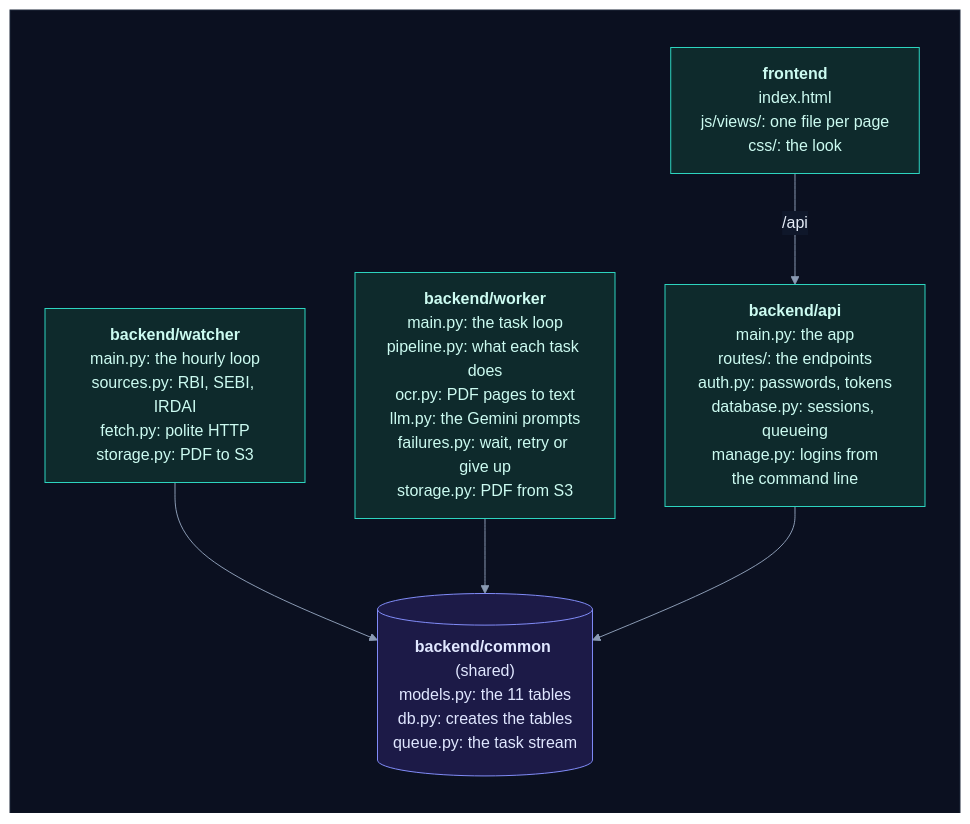
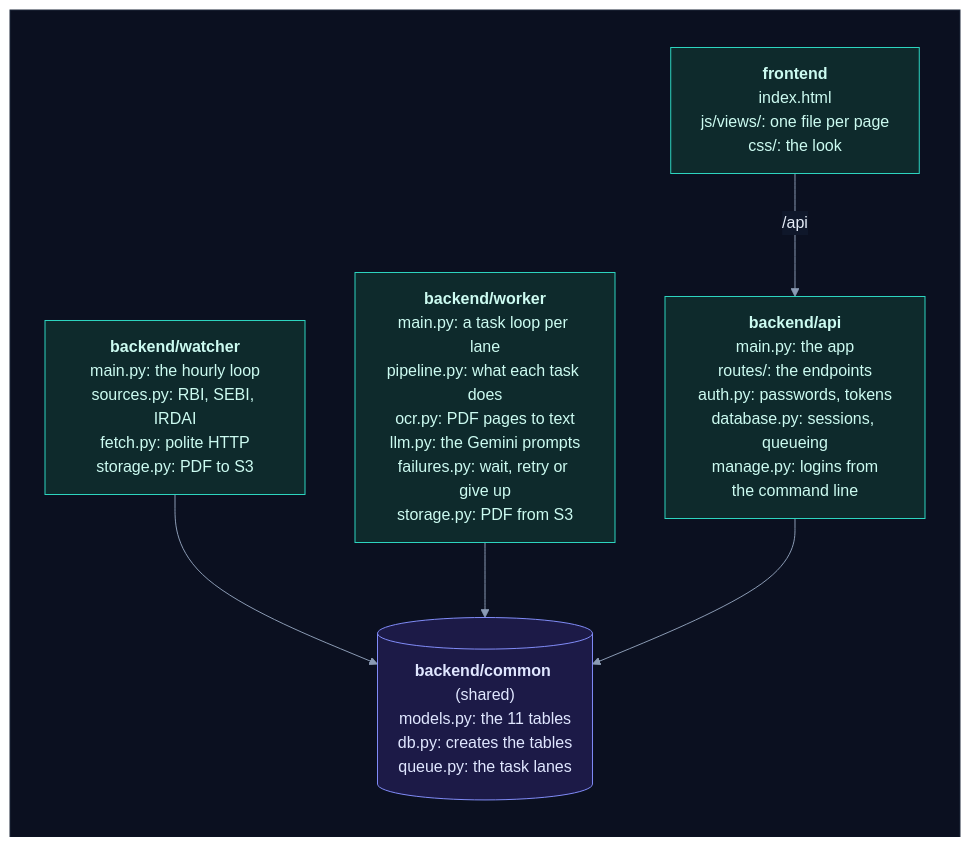
Before and after one commit to selvakumarperumal/Regulatory_Circular_Impact_Agent: diagram 56 of 56 in how_it_works.md, drawn with Mermaid. The commit also changed other lines of this file and 7 other files, not shown here.

Commit message:
Document the PDF lane and the main lane

````diff
--- a/how_it_works.md
+++ b/how_it_works.md
@@ -2774,29 +2814,29 @@
 ```mermaid
 %%{init: {"theme": "base", "flowchart": {"diagramPadding": 0}, "themeVariables": {"darkMode": true, "primaryColor": "#16213a", "primaryTextColor": "#e6edf7", "primaryBorderColor": "#475a7a", "lineColor": "#8b9bb4", "secondaryColor": "#1b2436", "tertiaryColor": "#101a2e", "edgeLabelBackground": "#0f172a", "textColor": "#e2e8f0", "clusterBkg": "#0f1728", "clusterBorder": "#2b3a55", "titleColor": "#c4b5fd", "nodeTextColor": "#e6edf7"}}}%%
 flowchart TD
     subgraph canvas[" "]
         direction TB
         frontend["<b>frontend</b><br/>index.html<br/>js/views/: one file per page<br/>css/: the look"]
         frontend -->|"/api"| api
         watcher["<b>backend/watcher</b><br/>main.py: the hourly loop<br/>sources.py: RBI, SEBI, IRDAI<br/>fetch.py: polite HTTP<br/>storage.py: PDF to S3"]
-        worker["<b>backend/worker</b><br/>main.py: the task loop<br/>pipeline.py: what each task does<br/>ocr.py: PDF pages to text<br/>llm.py: the Gemini prompts<br/>failures.py: wait, retry or give up<br/>storage.py: PDF from S3"]
+        worker["<b>backend/worker</b><br/>main.py: a task loop per lane<br/>pipeline.py: what each task does<br/>ocr.py: PDF pages to text<br/>llm.py: the Gemini prompts<br/>failures.py: wait, retry or give up<br/>storage.py: PDF from S3"]
         api["<b>backend/api</b><br/>main.py: the app<br/>routes/: the endpoints<br/>auth.py: passwords, tokens<br/>database.py: sessions, queueing<br/>manage.py: logins from<br/>the command line"]
-        common[("<b>backend/common</b> (shared)<br/>models.py: the 11 tables<br/>db.py: creates the tables<br/>queue.py: the task stream")]
+        common[("<b>backend/common</b> (shared)<br/>models.py: the 11 tables<br/>db.py: creates the tables<br/>queue.py: the task lanes")]
         watcher --> common
         worker --> common
         api --> common
     end
     classDef svc fill:#0e2a2c,stroke:#2dd4bf,color:#ccfbf1
     classDef data fill:#1c1a47,stroke:#818cf8,color:#e0e7ff
     classDef ext fill:#2a1640,stroke:#c084fc,color:#f3e8ff
     classDef gpu fill:#2d1b0c,stroke:#fb923c,color:#ffedd5
     classDef ask fill:#2a2410,stroke:#fbbf24,color:#fef3c7
     classDef ok fill:#0b2a1c,stroke:#34d399,color:#d1fae5
     classDef bad fill:#2e0f17,stroke:#fb7185,color:#ffe4e6
     classDef start fill:#1c2a0e,stroke:#a7ef6f,color:#ecfccb
     classDef muted fill:#1a2130,stroke:#64748b,color:#cbd5e1
     classDef queue fill:#0c2231,stroke:#38bdf8,color:#e0f2fe
     class watcher,worker,api,frontend svc
     class common data
     style canvas fill:#0b1020,stroke:#1e293b,color:#0b1020
 ```
````
